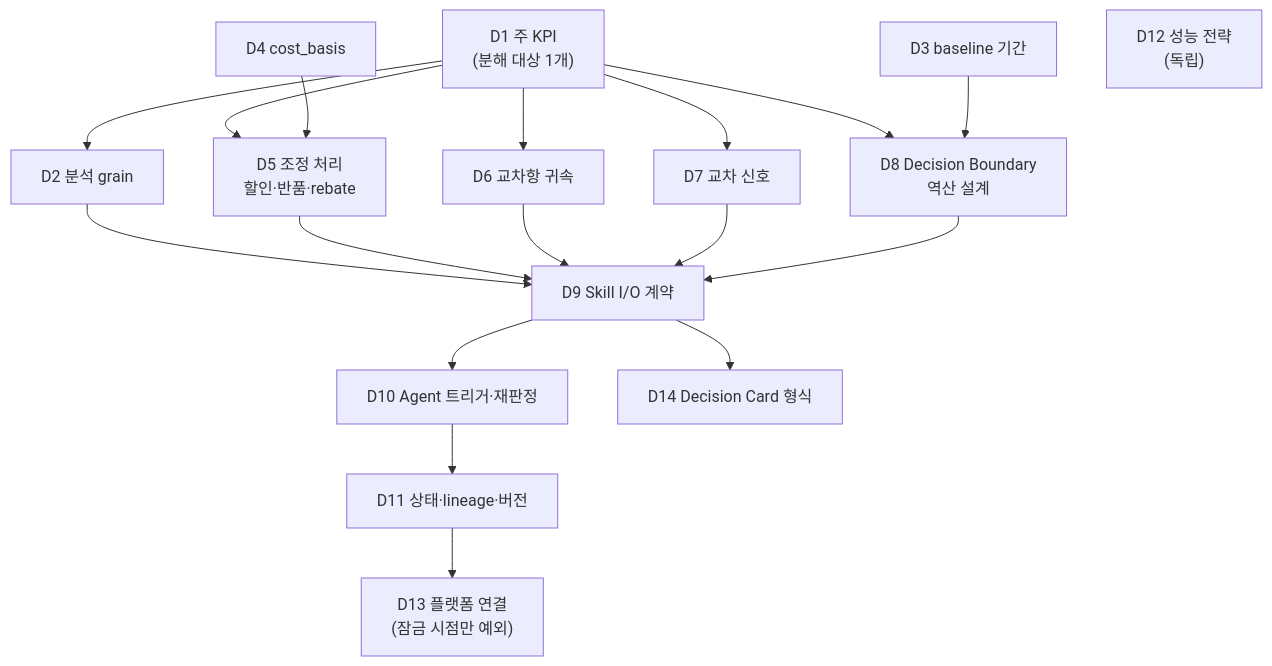
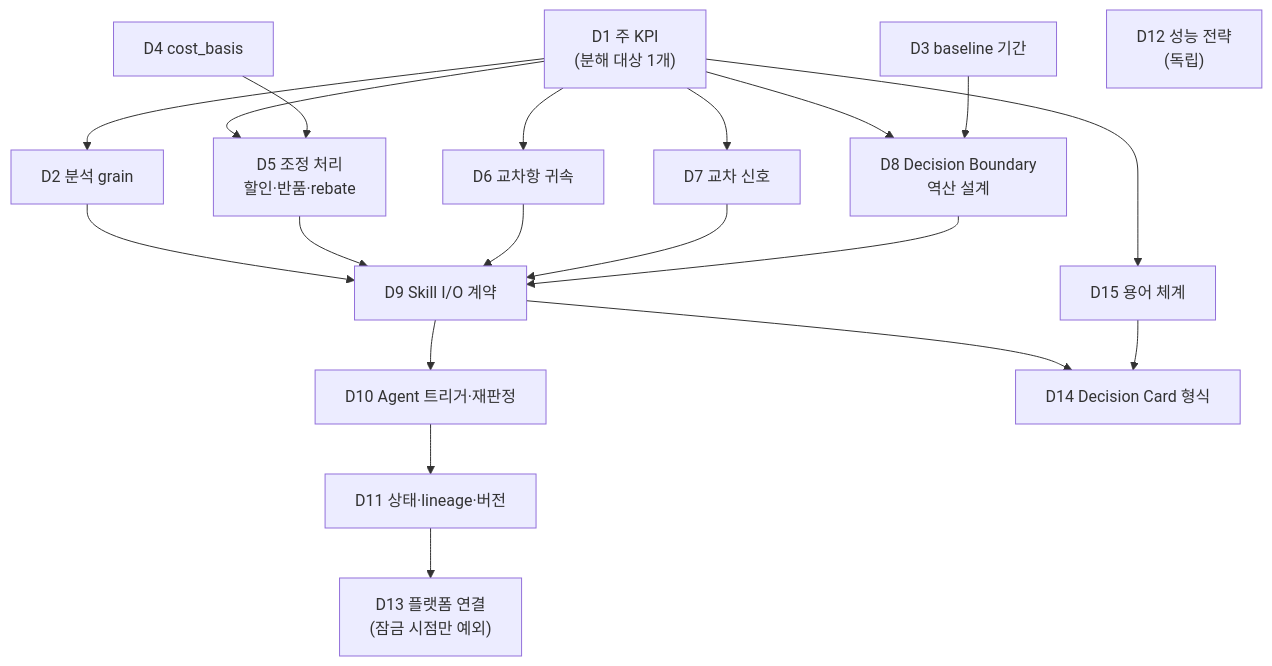
One commit to GongZen/trusted-procurement-agent changed the diagram in Scaffolding.md. Above: the diagram before and after it, drawn with Mermaid. The commit also changed other lines of this file and 11 other files, not shown here.

````diff
--- a/Scaffolding.md
+++ b/Scaffolding.md
@@ -84,20 +90,22 @@
 ```mermaid
 flowchart TD
     D1["D1 주 KPI<br/>(분해 대상 1개)"] --> D2["D2 분석 grain"]
     D1 --> D5["D5 조정 처리<br/>할인·반품·rebate"]
     D1 --> D6["D6 교차항 귀속"]
     D1 --> D8["D8 Decision Boundary<br/>역산 설계"]
     D1 --> D7["D7 교차 신호"]
     D4["D4 cost_basis"] --> D5
     D3["D3 baseline 기간"] --> D8
     D2 --> D9["D9 Skill I/O 계약"]
     D5 --> D9
     D6 --> D9
     D7 --> D9
     D8 --> D9
     D9 --> D10["D10 Agent 트리거·재판정"]
     D9 --> D14["D14 Decision Card 형식"]
     D10 --> D11["D11 상태·lineage·버전"]
     D11 --> D13["D13 플랫폼 연결<br/>(잠금 시점만 예외)"]
+    D1 --> D15["D15 용어 체계"]
+    D15 --> D14
     D12["D12 성능 전략<br/>(독립)"]
 ```
````
